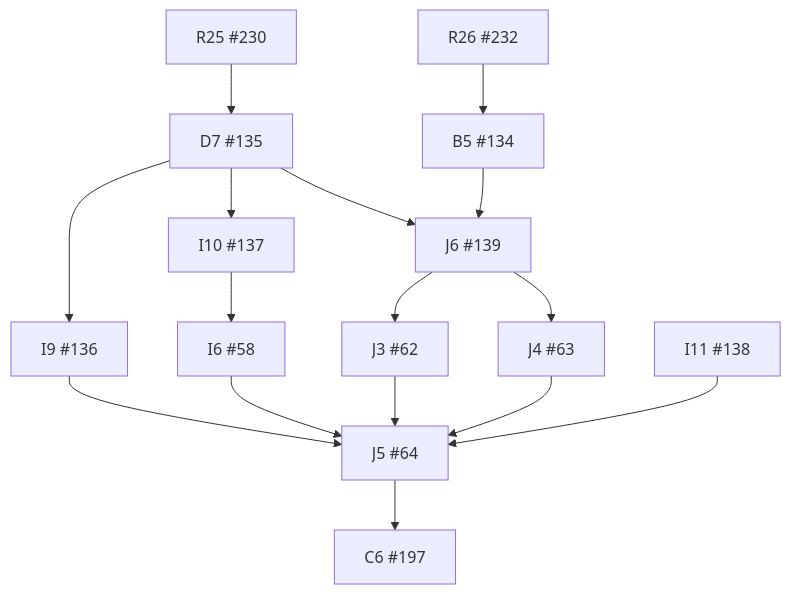
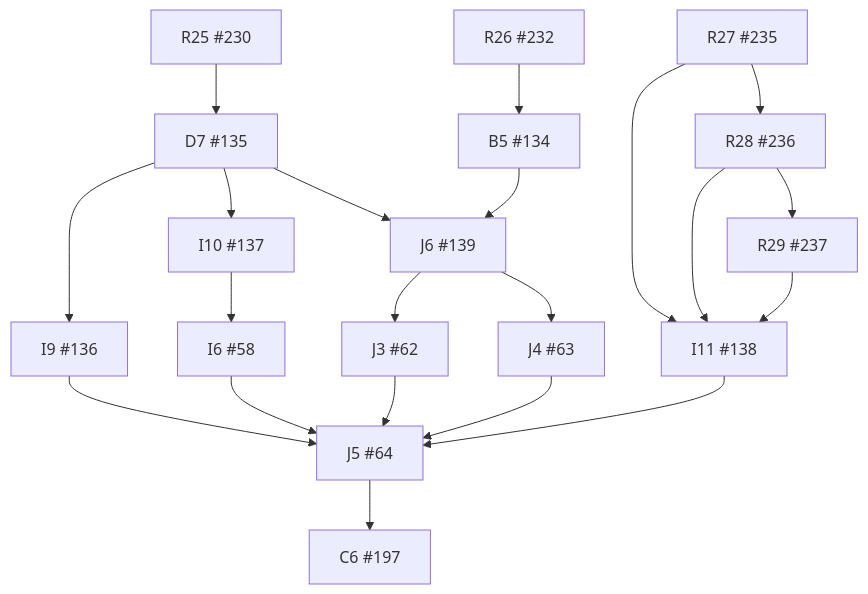
Before and after one commit to wojtekpiskorz/kiero: the diagram in docs/implementation/dependency-graph.md, drawn with Mermaid. The commit also changed other lines of this file and 6 other files, not shown here.

````diff
--- a/docs/implementation/dependency-graph.md
+++ b/docs/implementation/dependency-graph.md
@@ -9,31 +9,39 @@
 ```mermaid
 flowchart TD
   I6["I6 #58"]
   J3["J3 #62"]
   J4["J4 #63"]
   J5["J5 #64"]
   B5["B5 #134"]
   D7["D7 #135"]
   I9["I9 #136"]
   I10["I10 #137"]
   I11["I11 #138"]
   J6["J6 #139"]
   C6["C6 #197"]
   R25["R25 #230"]
   R26["R26 #232"]
+  R27["R27 #235"]
+  R28["R28 #236"]
+  R29["R29 #237"]
   I10 --> I6
   J6 --> J3
   J6 --> J4
   I6 --> J5
   J3 --> J5
   J4 --> J5
   I9 --> J5
   I11 --> J5
   R26 --> B5
   R25 --> D7
   D7 --> I9
   D7 --> I10
+  R27 --> I11
+  R28 --> I11
+  R29 --> I11
   D7 --> J6
   B5 --> J6
   J5 --> C6
+  R27 --> R28
+  R28 --> R29
 ```
````
